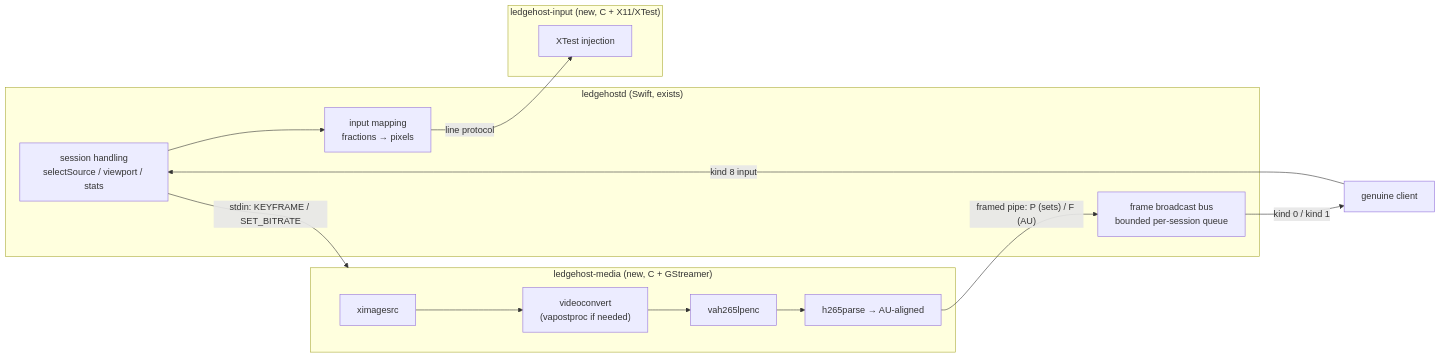
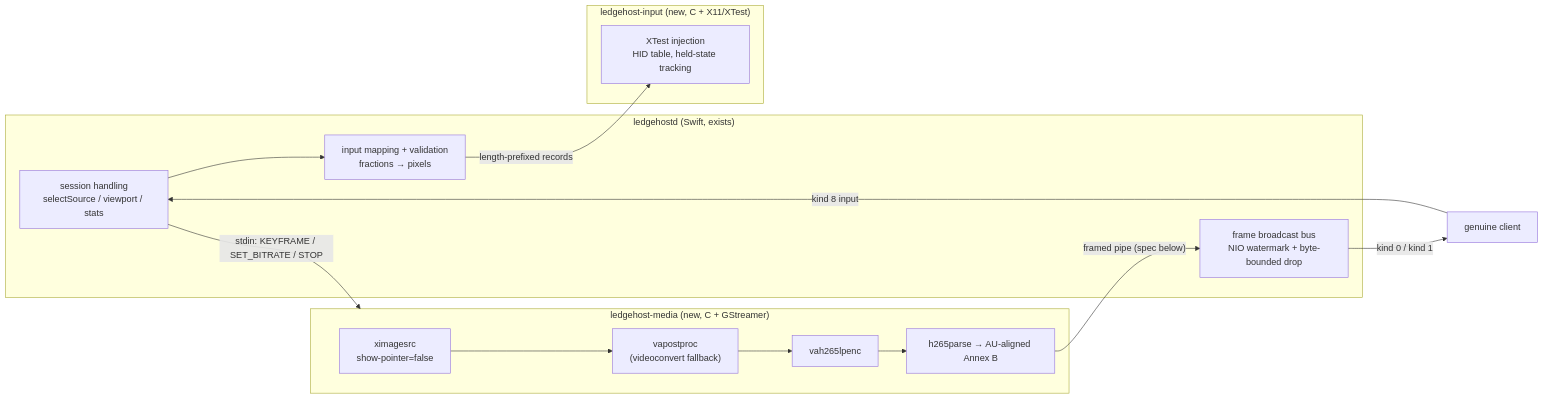
One commit to tmlksu/ledgehost changed the diagram in docs/phase-1-plan.md. Above: the diagram before and after it, drawn with Mermaid. The commit also changed other lines of this file and 3 other files, not shown here.

````diff
--- a/docs/phase-1-plan.md
+++ b/docs/phase-1-plan.md
@@ -48,20 +93,20 @@
 ```mermaid
 flowchart LR
     subgraph daemon["ledgehostd (Swift, exists)"]
         SESS["session handling<br/>selectSource / viewport / stats"]
-        BUS["frame broadcast bus<br/>bounded per-session queue"]
-        MAP["input mapping<br/>fractions → pixels"]
+        BUS["frame broadcast bus<br/>NIO watermark + byte-bounded drop"]
+        MAP["input mapping + validation<br/>fractions → pixels"]
     end
     subgraph media["ledgehost-media (new, C + GStreamer)"]
-        CAP["ximagesrc"] --> CONV["videoconvert<br/>(vapostproc if needed)"]
+        CAP["ximagesrc<br/>show-pointer=false"] --> CONV["vapostproc<br/>(videoconvert fallback)"]
         CONV --> ENC["vah265lpenc"]
-        ENC --> PARSE["h265parse → AU-aligned"]
+        ENC --> PARSE["h265parse → AU-aligned Annex B"]
     end
     subgraph input["ledgehost-input (new, C + X11/XTest)"]
-        XT["XTest injection"]
+        XT["XTest injection<br/>HID table, held-state tracking"]
     end
-    PARSE -->|"framed pipe: P (sets) / F (AU)"| BUS
+    PARSE -->|"framed pipe (spec below)"| BUS
     BUS -->|"kind 0 / kind 1"| CLIENT["genuine client"]
-    CLIENT -->|"kind 8 input"| SESS --> MAP -->|"line protocol"| XT
-    SESS -->|"stdin: KEYFRAME / SET_BITRATE"| media
+    CLIENT -->|"kind 8 input"| SESS --> MAP -->|"length-prefixed records"| XT
+    SESS -->|"stdin: KEYFRAME / SET_BITRATE / STOP"| media
 ```
````
